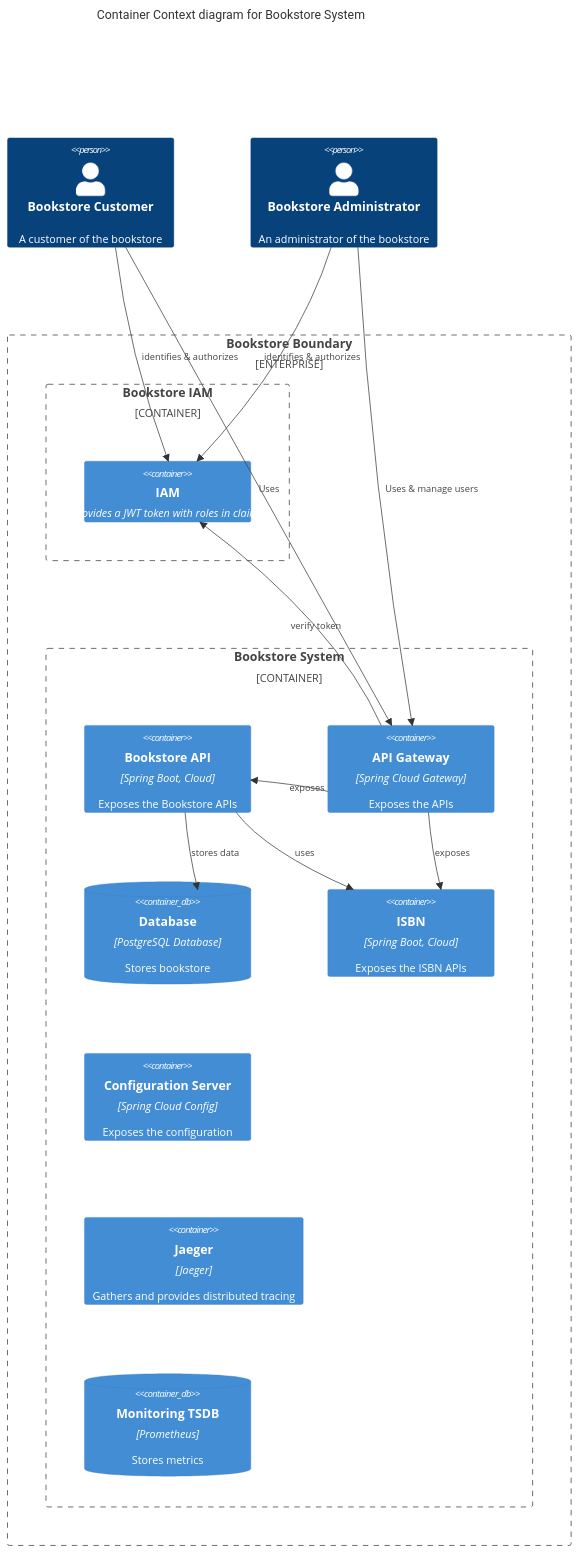
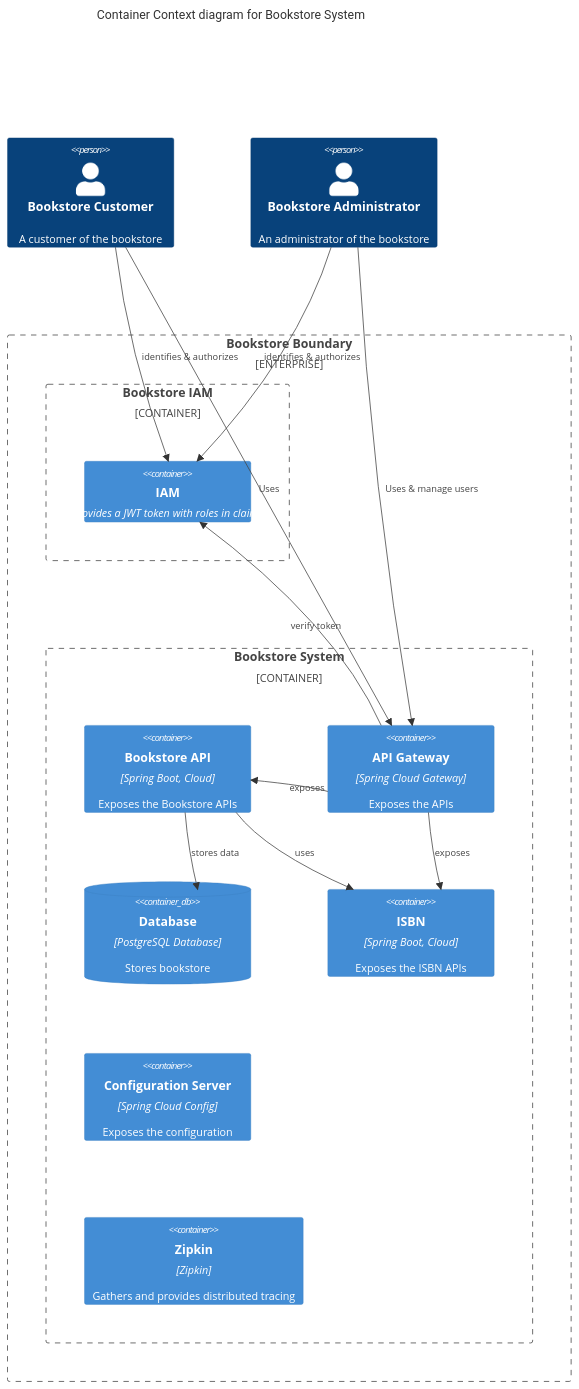
The second of 3 diagrams in README.md (alexandre-touret/rest-apis-versioning-solution-old), drawn with Mermaid before and after one commit. The commit also changed 13 other files, not shown here.

````diff
--- a/README.md
+++ b/README.md
@@ -43,35 +43,34 @@
 ```mermaid
 C4Container
       title Container Context diagram for Bookstore System
 
 
       Person(customerA, "Bookstore Customer", "A customer of the bookstore") 
       Person(adminA, "Bookstore Administrator", "An administrator of the bookstore") 
 
       Enterprise_Boundary(b0, "Bookstore Boundary") {
         Container_Boundary(b2,"Bookstore IAM"){
           Container(iam,"IAM","Provides a JWT token with roles in claims")
 
                }
         Container_Boundary(b1,"Bookstore System"){
             Container(bookstoreApi,"Bookstore API","Spring Boot, Cloud","Exposes the Bookstore APIs")
             Container(gateway,"API Gateway","Spring Cloud Gateway","Exposes the APIs")
             ContainerDb(database, "Database", "PostgreSQL Database", "Stores bookstore")
             Container(isbnApi,"ISBN","Spring Boot, Cloud","Exposes the ISBN APIs")
             Container(configuration,"Configuration Server","Spring Cloud Config","Exposes the configuration")
-            Container(jaeger,"Jaeger","Jaeger","Gathers and provides distributed tracing")
-            ContainerDb(monitoring, "Monitoring TSDB", "Prometheus", "Stores metrics")
+            Container(zipkin,"Zipkin","Zipkin","Gathers and provides distributed tracing")
         }
       }
 
       Rel(customerA,gateway, "Uses")
       Rel(adminA, gateway, "Uses & manage users")
       Rel(customerA, iam, "identifies & authorizes")
       Rel(adminA, iam, "identifies & authorizes")
       Rel(gateway, iam, "verify token")
       Rel(gateway, bookstoreApi, "exposes")
       Rel(gateway, isbnApi, "exposes")
       Rel(bookstoreApi, isbnApi, "uses")
       Rel(bookstoreApi, database, "stores data")
       UpdateLayoutConfig($c4ShapeInRow="3", $c4BoundaryInRow="1")
 ```
````
